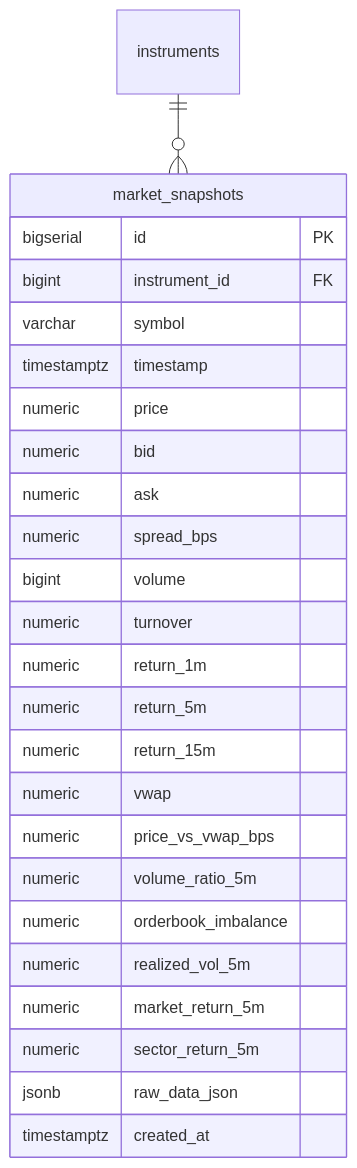
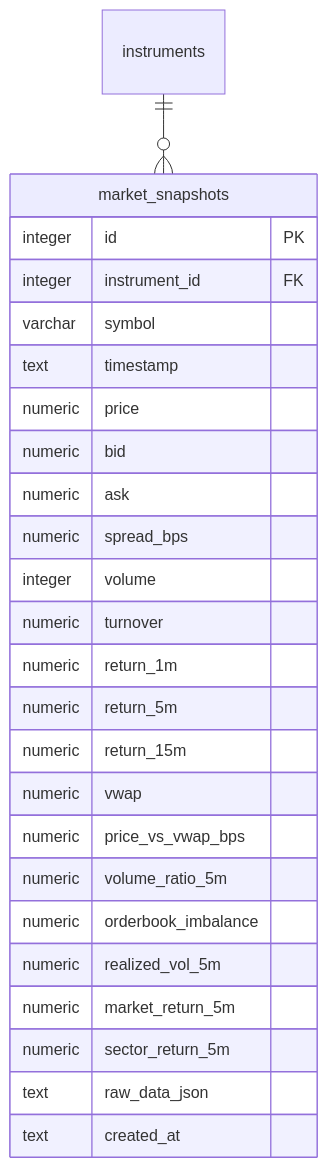
The third of 12 diagrams in docs/architecture/er.md (ousiassllc/pitha-trador), drawn with Mermaid before and after one commit. The commit also changed other lines of this file and 5 other files, not shown here.

````diff
--- a/docs/architecture/er.md
+++ b/docs/architecture/er.md
@@ -58,28 +71,28 @@
 ```mermaid
 erDiagram
     instruments ||--o{ market_snapshots : ""
     market_snapshots {
-        bigserial id PK
-        bigint instrument_id FK
+        integer id PK
+        integer instrument_id FK
         varchar symbol
-        timestamptz timestamp
+        text timestamp
         numeric price
         numeric bid
         numeric ask
         numeric spread_bps
-        bigint volume
+        integer volume
         numeric turnover
         numeric return_1m
         numeric return_5m
         numeric return_15m
         numeric vwap
         numeric price_vs_vwap_bps
         numeric volume_ratio_5m
         numeric orderbook_imbalance
         numeric realized_vol_5m
         numeric market_return_5m
         numeric sector_return_5m
-        jsonb raw_data_json
-        timestamptz created_at
+        text raw_data_json
+        text created_at
     }
 ```
````
